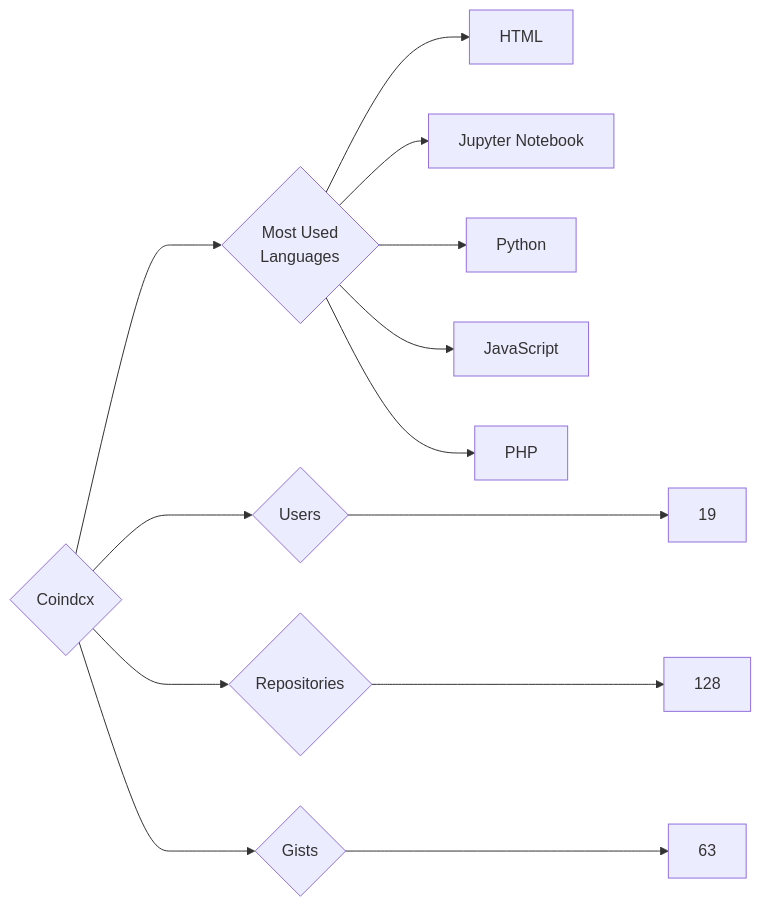
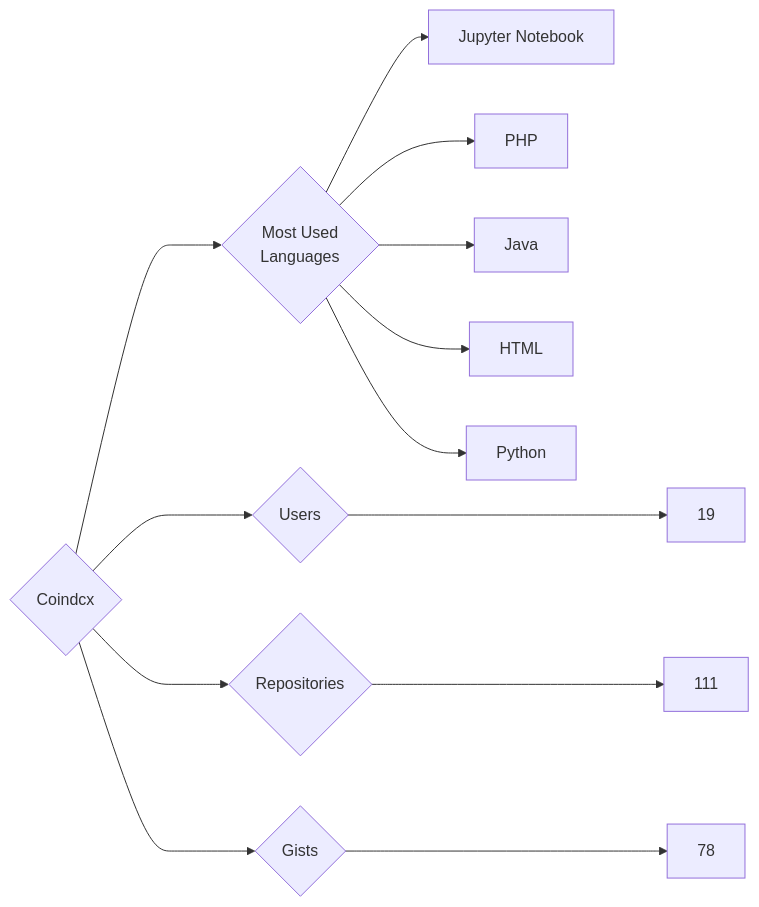
One commit to trickest/insiders changed the diagram in targets/Coindcx/README.md. Above: the diagram before and after it, drawn with Mermaid. The commit also changed 682 other files, not shown here.

````diff
--- a/targets/Coindcx/README.md
+++ b/targets/Coindcx/README.md
@@ -3,13 +3,13 @@
 ```mermaid
 graph LR
 COMPANY_NAME{Coindcx}
 COMPANY_NAME ---> U{Users} ---> UN[19]
-COMPANY_NAME ---> R{Repositories} ---> RN[128]
-COMPANY_NAME ---> G{Gists} ---> GN[63]
+COMPANY_NAME ---> R{Repositories} ---> RN[111]
+COMPANY_NAME ---> G{Gists} ---> GN[78]
 COMPANY_NAME ---> ML{Most Used<br>Languages}
+ML --> Jupyter_Notebook[Jupyter Notebook]
+ML --> PHP[PHP]
+ML --> Java[Java]
 ML --> HTML[HTML]
-ML --> Jupyter_Notebook[Jupyter Notebook]
 ML --> Python[Python]
-ML --> JavaScript[JavaScript]
-ML --> PHP[PHP]
 ```
````
